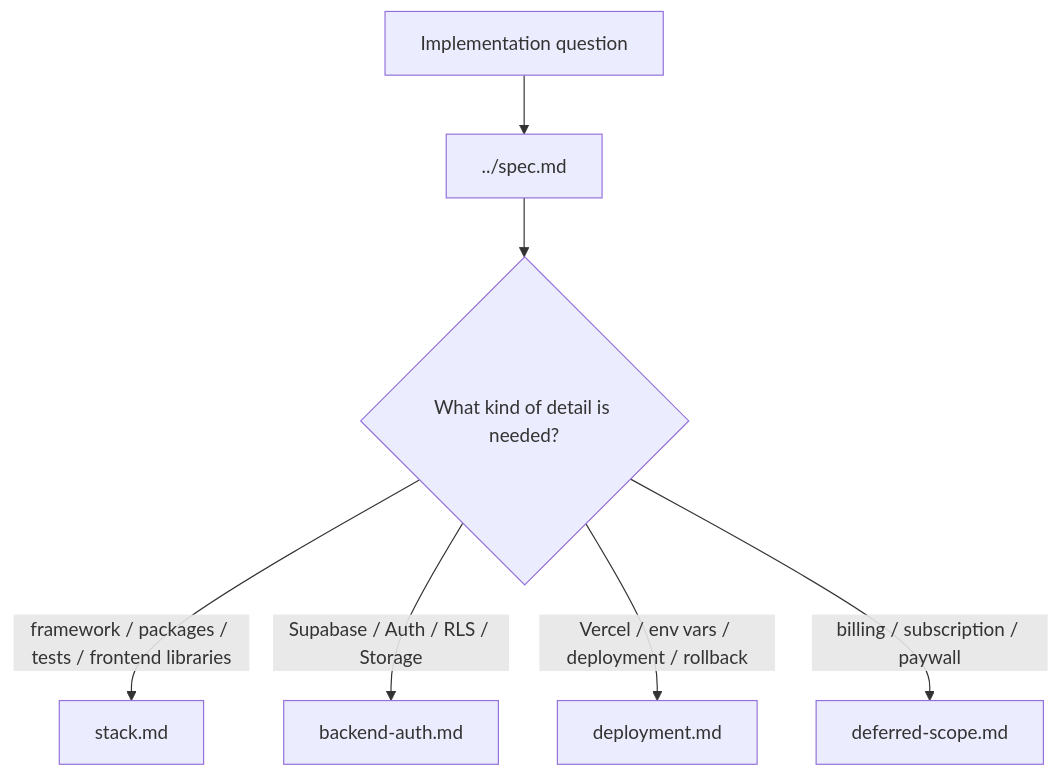
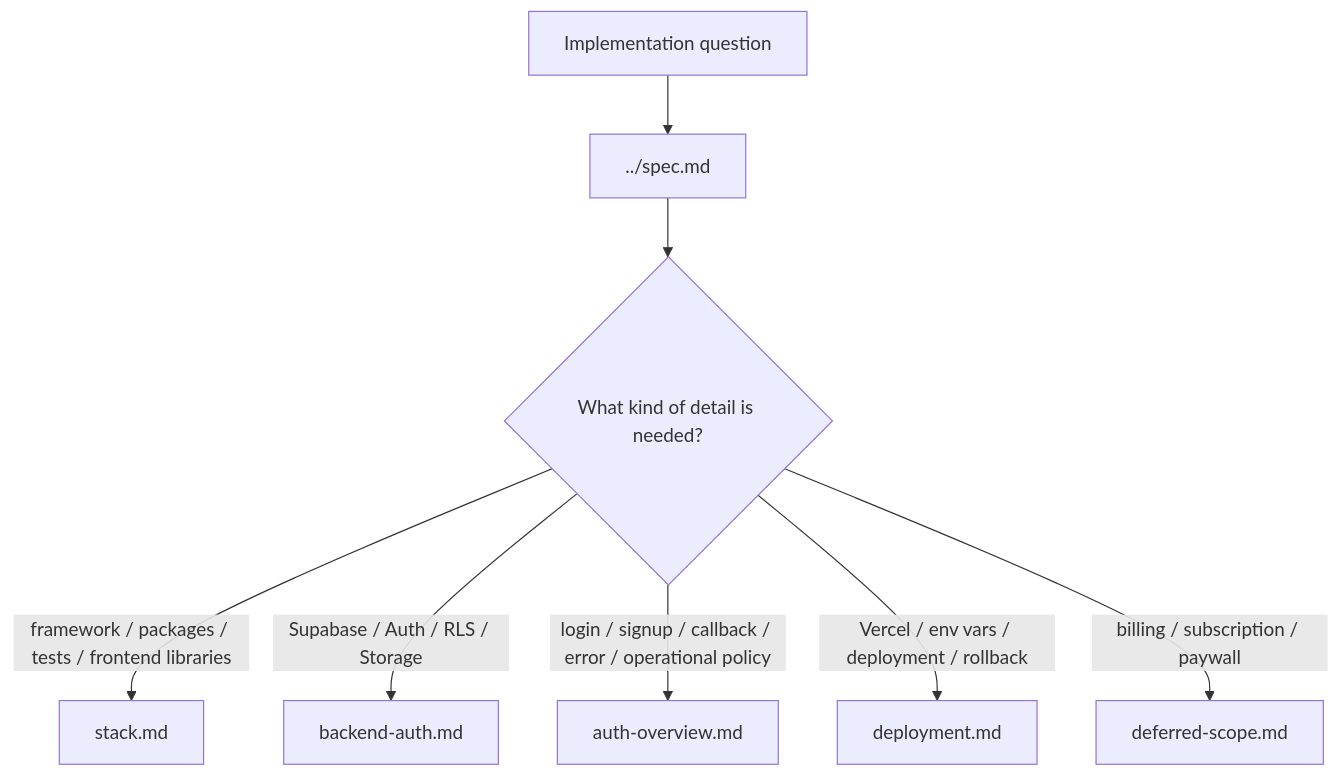
Before and after one commit to blackstarzck/topik-project-v13: the diagram in docs/development/README.md, drawn with Mermaid. The commit also changed other lines of this file and 21 other files, not shown here.

````diff
--- a/docs/development/README.md
+++ b/docs/development/README.md
@@ -11,9 +11,10 @@
 ```mermaid
 flowchart TD
     A["Implementation question"] --> B["../spec.md"]
     B --> C{"What kind of detail is needed?"}
     C -->|"framework / packages / tests / frontend libraries"| D["stack.md"]
     C -->|"Supabase / Auth / RLS / Storage"| E["backend-auth.md"]
+    C -->|"login / signup / callback / error / operational policy"| AO["auth-overview.md"]
     C -->|"Vercel / env vars / deployment / rollback"| G["deployment.md"]
     C -->|"billing / subscription / paywall"| H["deferred-scope.md"]
 ```
````
